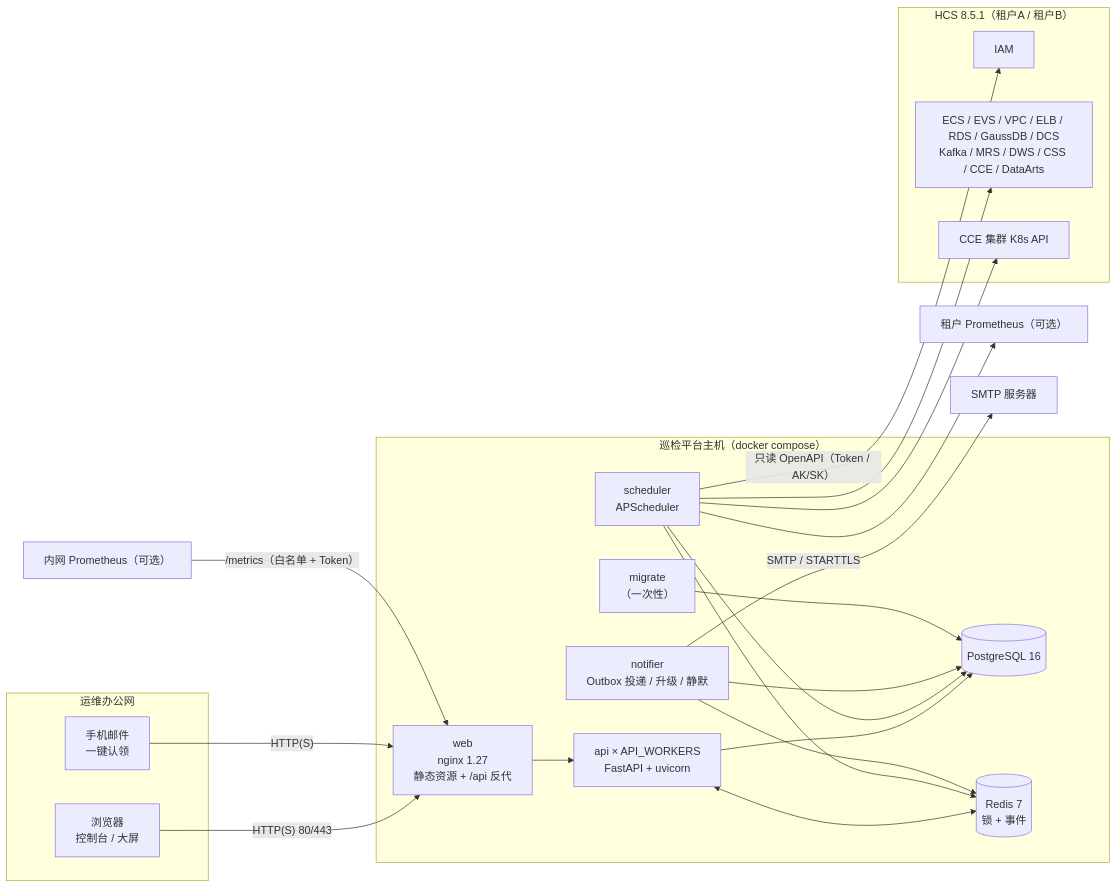
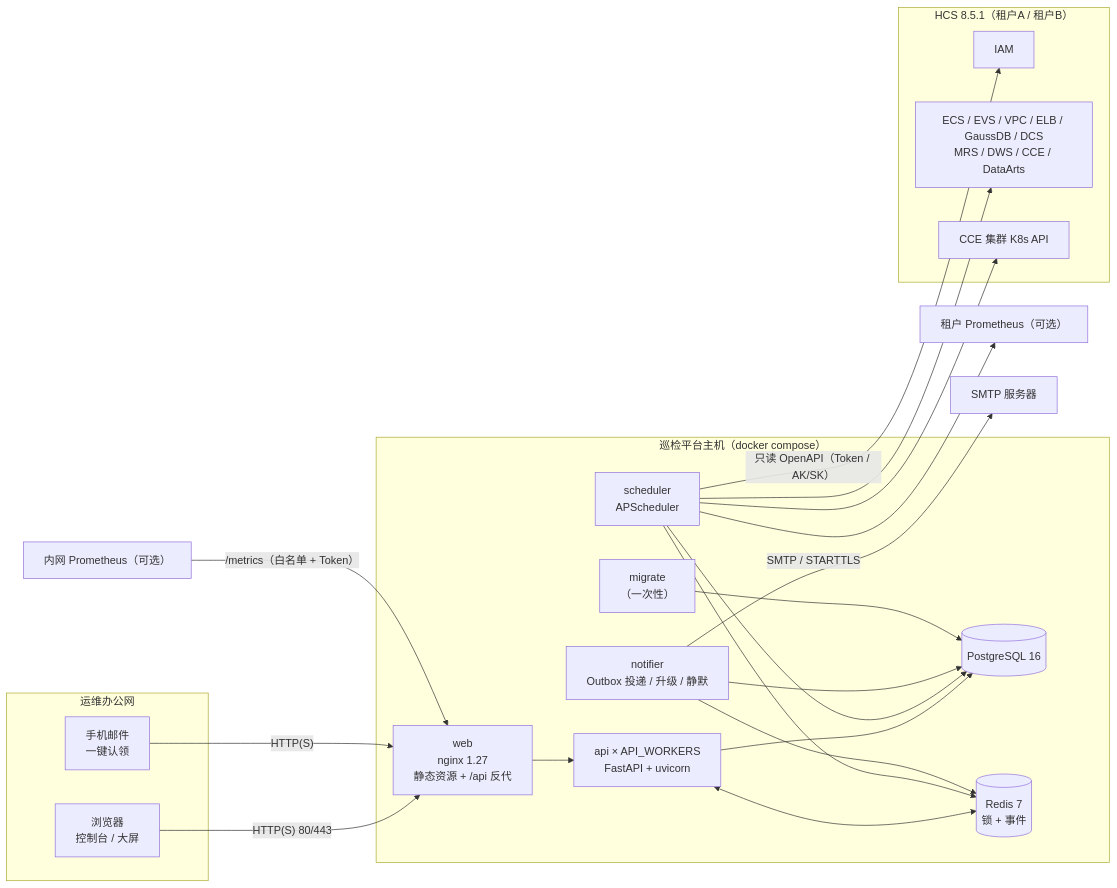
One commit to gongjin1997/hcs changed the first of 4 diagrams in docs/架构文档.md. Above: the diagram before and after it, drawn with Mermaid. The commit also changed other lines of this file and 95 other files, not shown here.

First line of the commit message:
refactor(catalog): 目录收拢，下线 RDS/Kafka/CSS，MRS 作业改走 DataArts 节点

````diff
--- a/docs/架构文档.md
+++ b/docs/架构文档.md
@@ -41,41 +41,41 @@
 ```mermaid
 flowchart LR
   subgraph User["运维办公网"]
     B["浏览器<br/>控制台 / 大屏"]
     M["手机邮件<br/>一键认领"]
   end
   subgraph Host["巡检平台主机（docker compose）"]
     W["web<br/>nginx 1.27<br/>静态资源 + /api 反代"]
     A["api × API_WORKERS<br/>FastAPI + uvicorn"]
     S["scheduler<br/>APScheduler"]
     N["notifier<br/>Outbox 投递 / 升级 / 静默"]
     P[("PostgreSQL 16")]
     R[("Redis 7<br/>锁 + 事件")]
     MG["migrate<br/>（一次性）"]
   end
   subgraph HCS["HCS 8.5.1（租户A / 租户B）"]
     IAM["IAM"]
-    SVC["ECS / EVS / VPC / ELB / RDS / GaussDB / DCS<br/>Kafka / MRS / DWS / CSS / CCE / DataArts"]
+    SVC["ECS / EVS / VPC / ELB / GaussDB / DCS<br/>MRS / DWS / CCE / DataArts"]
     K8S["CCE 集群 K8s API"]
   end
   PROM["租户 Prometheus（可选）"]
   SMTP["SMTP 服务器"]
   MON["内网 Prometheus（可选）"]
 
   B -- "HTTP(S) 80/443" --> W
   M -- "HTTP(S)" --> W
   W --> A
   A --> P
   A <--> R
   S --> P
   S --> R
   N --> P
   N --> R
   MG --> P
   S -- "只读 OpenAPI（Token / AK/SK）" --> IAM
   S --> SVC
   S --> K8S
   S --> PROM
   N -- "SMTP / STARTTLS" --> SMTP
   MON -- "/metrics（白名单 + Token）" --> W
 ```
````
